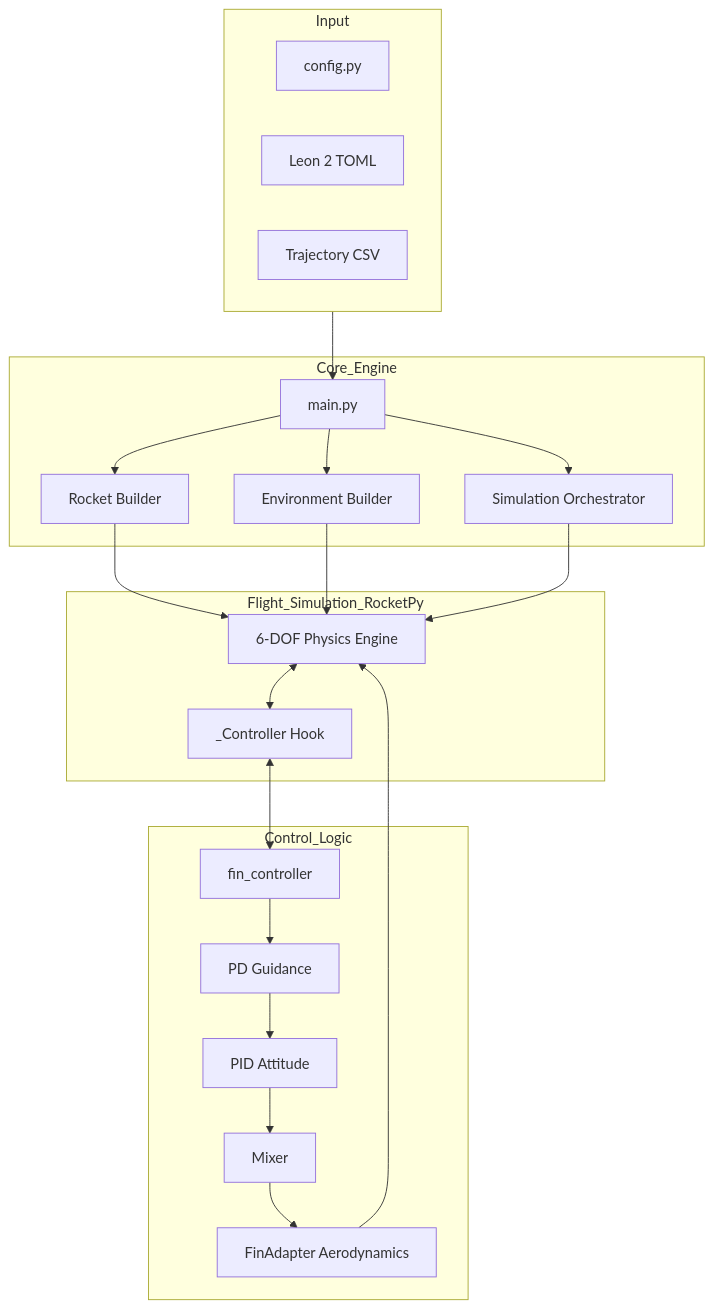
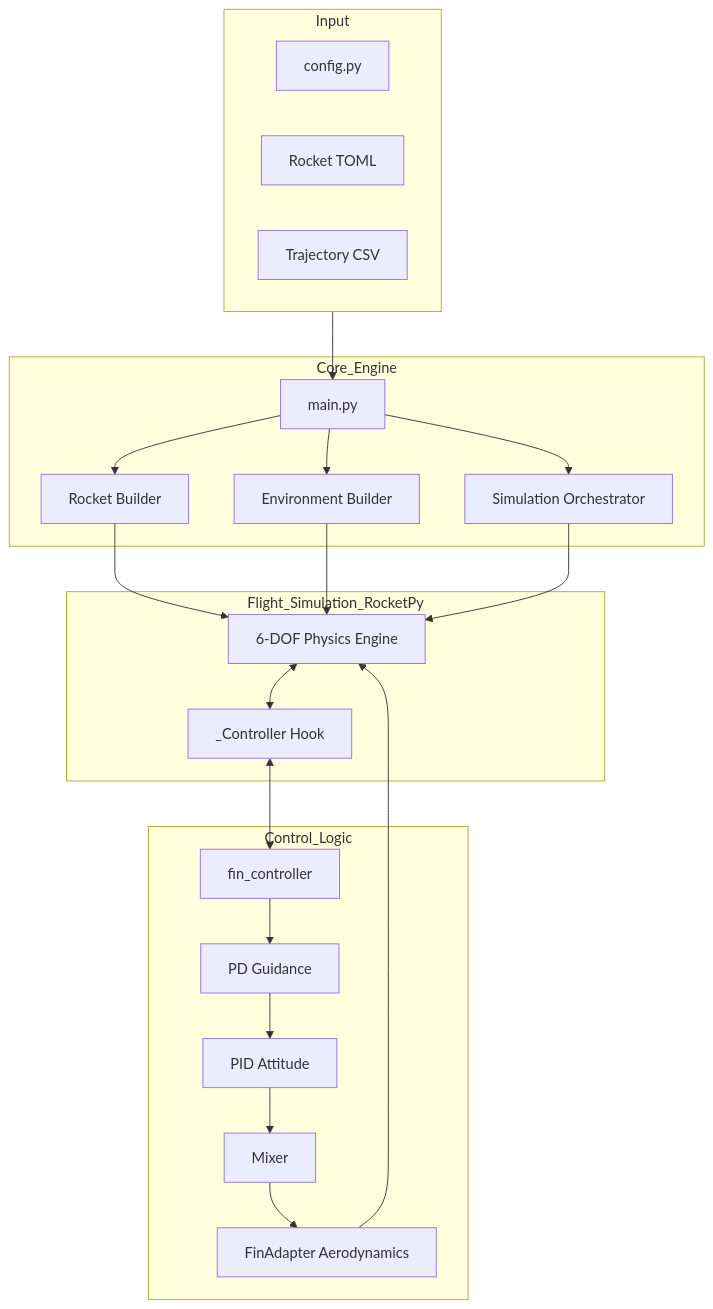
The diagram in docs/architecture.md (Zalex10GG/Rocket-trajectory-control), drawn with Mermaid before and after one commit. The commit also changed other lines of this file and 17 other files, not shown here.

````diff
--- a/docs/architecture.md
+++ b/docs/architecture.md
@@ -9,46 +9,46 @@
 ```mermaid
 graph TD
     subgraph Input
         Config[config.py]
-        TOML[Leon 2 TOML]
+        TOML[Rocket TOML]
         Reference[Trajectory CSV]
     end
 
     subgraph Core_Engine
         Main[main.py]
         Builder[Rocket Builder]
         EnvBuilder[Environment Builder]
         Sim[Simulation Orchestrator]
     end
 
     subgraph Flight_Simulation_RocketPy
         Physics[6-DOF Physics Engine]
         ControllerHook[_Controller Hook]
     end
 
     subgraph Control_Logic
         Control[fin_controller]
         Guidance[PD Guidance]
         Attitude[PID Attitude]
         Mixer[Mixer]
         FinAdapter[FinAdapter Aerodynamics]
     end
 
     Input --> Main
     Main --> Builder
     Main --> EnvBuilder
     Main --> Sim
     
     Builder --> Physics
     EnvBuilder --> Physics
     Sim --> Physics
     
     Physics <--> ControllerHook
     ControllerHook <--> Control
     
     Control --> Guidance
     Guidance --> Attitude
     Attitude --> Mixer
     Mixer --> FinAdapter
     FinAdapter --> Physics
 ```
````
